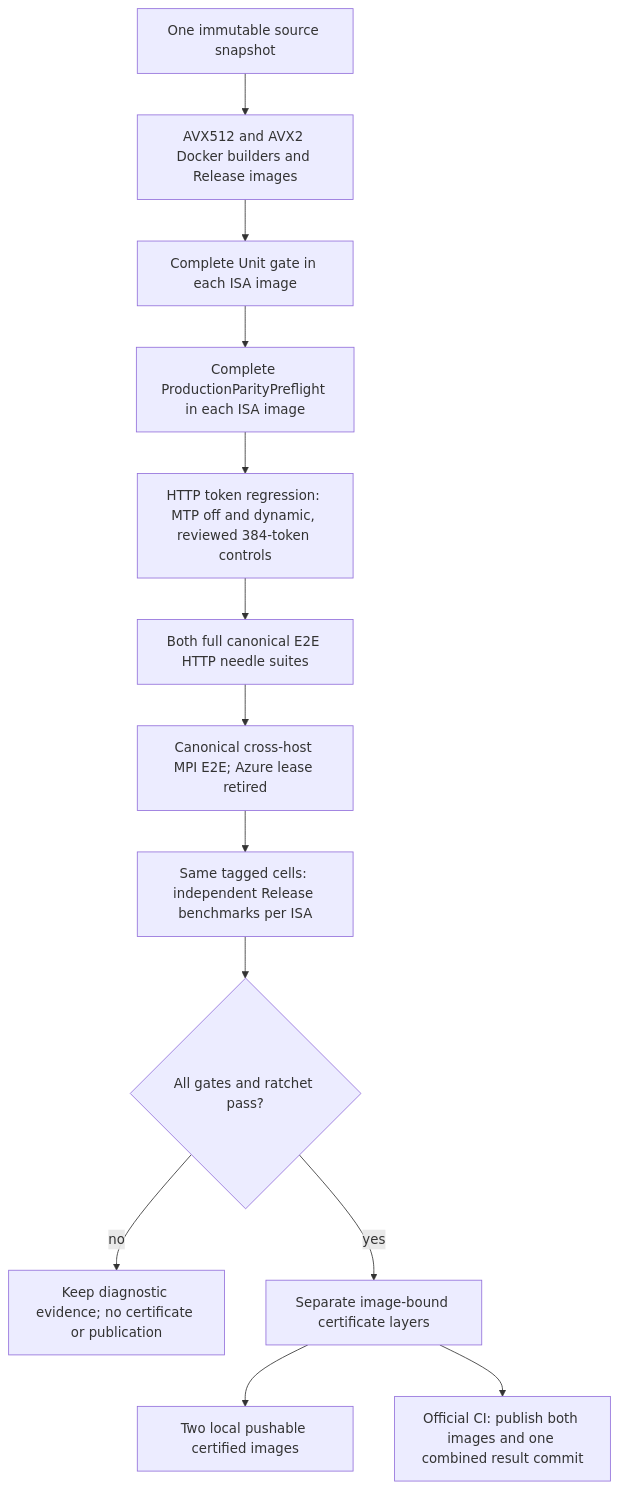
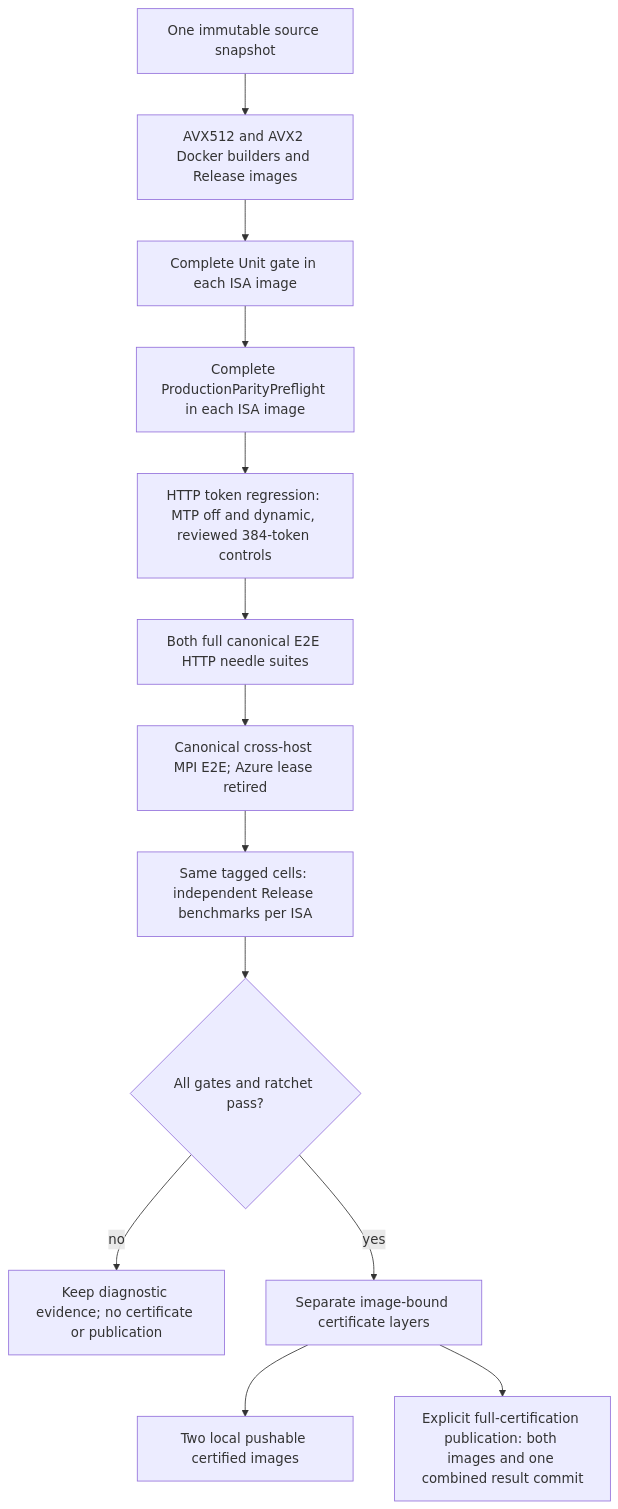
Before and after one commit to Llaminar/llaminar: the diagram in docs/production-ci.md, drawn with Mermaid. The commit also changed other lines of this file and 18 other files, not shown here.

Commit message:
ci: publish tested develop ISA images

````diff
--- a/docs/production-ci.md
+++ b/docs/production-ci.md
@@ -12,15 +37,15 @@
 ```mermaid
 flowchart TD
     S[One immutable source snapshot] --> B[AVX512 and AVX2 Docker builders and Release images]
     B --> U[Complete Unit gate in each ISA image]
     U --> P[Complete ProductionParityPreflight in each ISA image]
     P --> G[HTTP token regression: MTP off and dynamic, reviewed 384-token controls]
     G --> E[Both full canonical E2E HTTP needle suites]
     E --> X[Canonical cross-host MPI E2E; Azure lease retired]
     X --> T[Same tagged cells: independent Release benchmarks per ISA]
     T --> R{All gates and ratchet pass?}
     R -- no --> F[Keep diagnostic evidence; no certificate or publication]
     R -- yes --> C[Separate image-bound certificate layers]
     C --> L[Two local pushable certified images]
-    C --> O[Official CI: publish both images and one combined result commit]
+    C --> O[Explicit full-certification publication: both images and one combined result commit]
 ```
````
